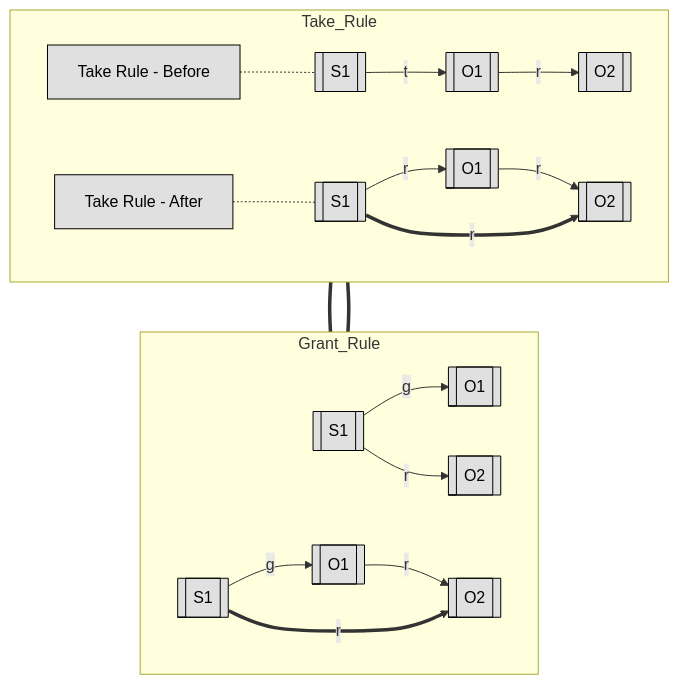
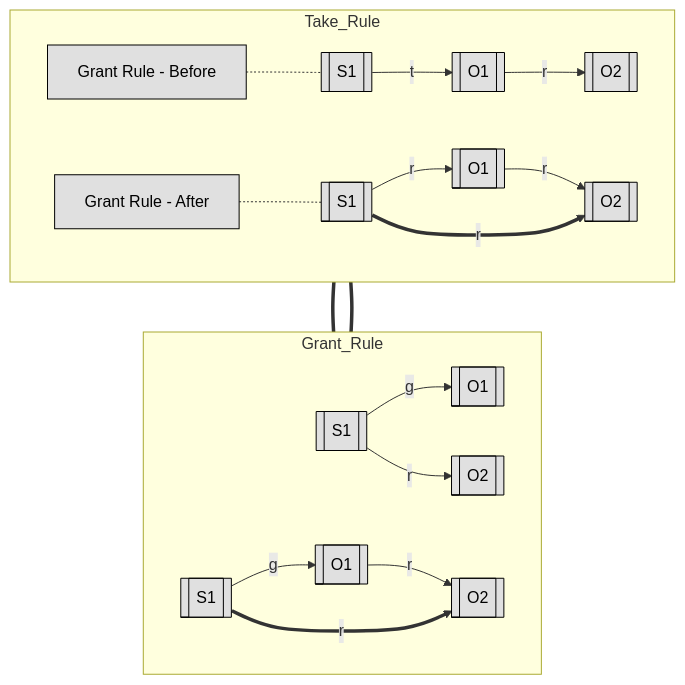
Before and after one commit to lorenzoleonelli/CISSP-Zero-to-Hero: diagram 11 of 11 in DOMAIN3: Security Architecture and Engineering/3.02 Understand the fundamental concepts of security models (e.g. Biba, STar Model, Bell Lapadula).md, drawn with Mermaid.

Commit message:
Update 3.02 Understand the fundamental concepts of security models (e.g. Biba, STar Model, Bell Lapadula).md

````diff
--- a/DOMAIN3: Security Architecture and Engineering/3.02 Understand the fundamental concepts of security models (e.g. Biba, STar Model, Bell Lapadula).md
+++ b/DOMAIN3: Security Architecture and Engineering/3.02 Understand the fundamental concepts of security models (e.g. Biba, STar Model, Bell Lapadula).md
@@ -384,26 +384,26 @@
 ```mermaid
 flowchart TB
 
 subgraph Take_Rule
     direction LR
     S1_Take1[["S1"]] -->|t| O1_Take1[["O1"]] -->|r| O2_Take1[["O2"]]
     S1_Take2[["S1"]] -->|r| O1_Take2[["O1"]] -->|r| O2_Take2[["O2"]]
     S1_Take2[["S1"]] ==>|r| O2_Take2[["O2"]]
     label1[Take Rule  - Before]:::label -.- S1_Take1
     label2[Take Rule - After]:::label -.- S1_Take2
 end
 
 subgraph Grant_Rule
     direction LR
     S1_Grant1[["S1"]] -->|g| O1_Grant1[["O1"]]
     S1_Grant1[["S1"]] -->|r| O2_Grant1[["O2"]]
     S1_Grant2[["S1"]] -->|g| O1_Grant2[["O1"]] -->|r| O2_Grant2[["O2"]]
     S1_Grant2[["S1"]] ==>|r| O2_Grant2[["O2"]]
-    label1[Take Rule  - Before]:::label === S1_Grant1
-    label2[Take Rule - After]:::label === S1_Grant2
+    label1[Grant Rule  - Before]:::label === S1_Grant1
+    label2[Grant Rule - After]:::label === S1_Grant2
 end
 
     classDef center fill:#ffffff,color:#000000,stroke:#000000,stroke-width:1px,font-weight:bold
     classDef node fill:#e0e0e0,color:#000000,stroke:#000000,stroke-width:1px
 
 ```
````
